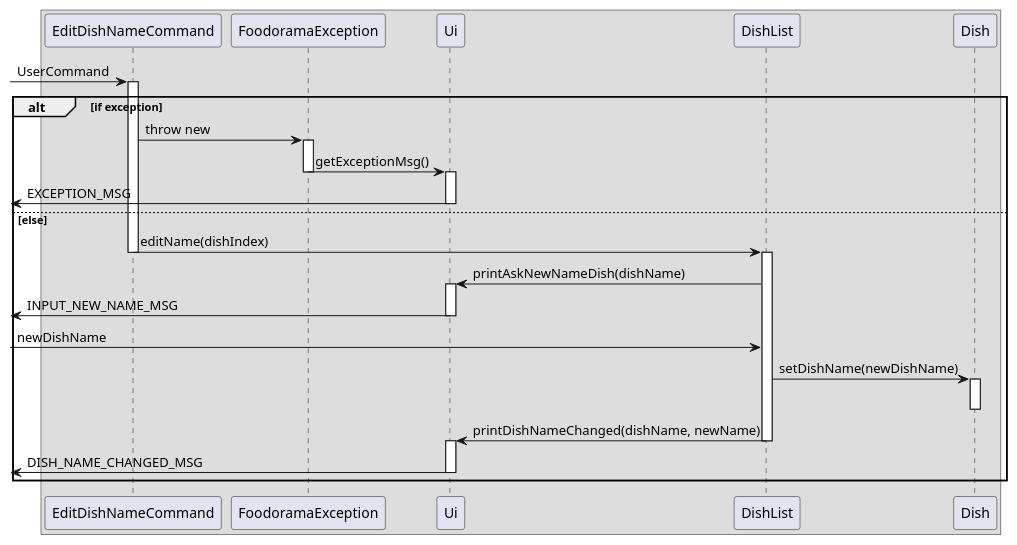
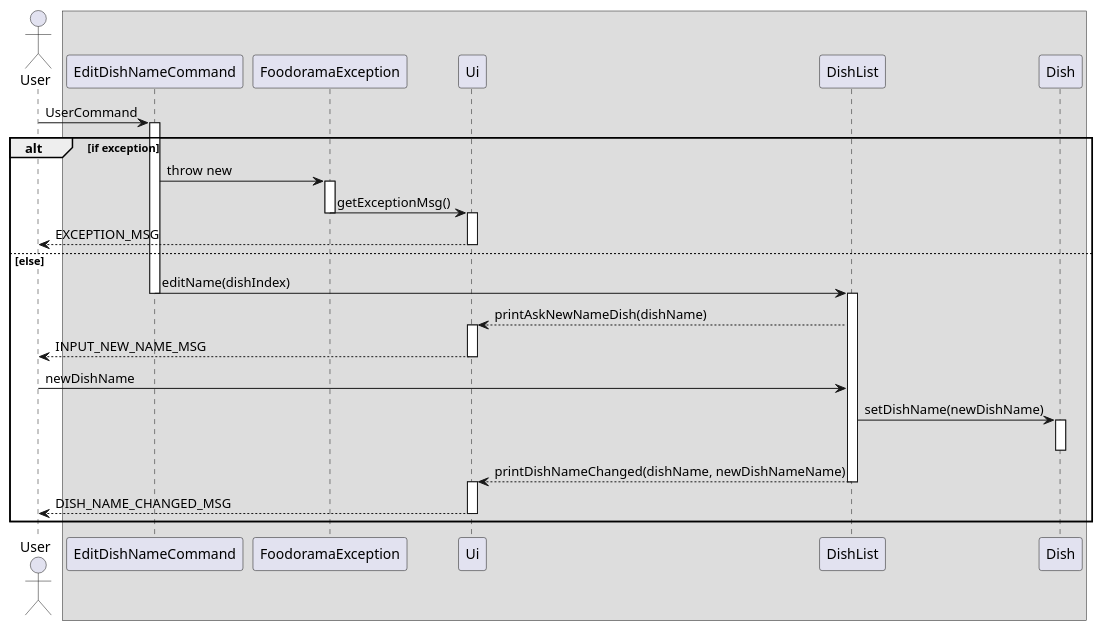
One commit to nus-cs2113-AY2122S1/tp changed the diagram in docs/puml/edit_dish_name_sequence.puml. Above: the diagram before and after it, drawn with PlantUML. The commit also changed 9 other files, not shown here.

```diff
--- a/docs/puml/edit_dish_name_sequence.puml
+++ b/docs/puml/edit_dish_name_sequence.puml
@@ -1,44 +1,46 @@
 @startuml
 'https://plantuml.com/sequence-diagram
 
+Actor User
 Box
 
--> EditDishNameCommand: UserCommand
+User -> EditDishNameCommand: UserCommand
 alt if exception
 activate EditDishNameCommand
 EditDishNameCommand -> FoodoramaException: throw new
 activate FoodoramaException
 FoodoramaException -> Ui: getExceptionMsg()
 deactivate FoodoramaException
 activate Ui
-<- Ui : EXCEPTION_MSG
+User <-- Ui : EXCEPTION_MSG
 deactivate Ui
 
 else else
 EditDishNameCommand->DishList: editName(dishIndex)
 deactivate EditDishNameCommand
 activate DishList
 
 
-DishList -> Ui: printAskNewNameDish(dishName)
+DishList --> Ui: printAskNewNameDish(dishName)
 activate Ui
-<-Ui: INPUT_NEW_NAME_MSG
+User <--Ui: INPUT_NEW_NAME_MSG
 deactivate Ui
 
-->DishList: newDishName
+User->DishList: newDishName
 DishList -> Dish: setDishName(newDishName)
 activate Dish
 deactivate Dish
-DishList -> Ui: printDishNameChanged(dishName, newName)
+DishList --> Ui: printDishNameChanged(dishName, newDishNameName)
+
 deactivate DishList
 activate Ui
-<- Ui: DISH_NAME_CHANGED_MSG
+User <-- Ui: DISH_NAME_CHANGED_MSG
 deactivate Ui
 
 end
 
 
 
 
 
 @enduml
```
